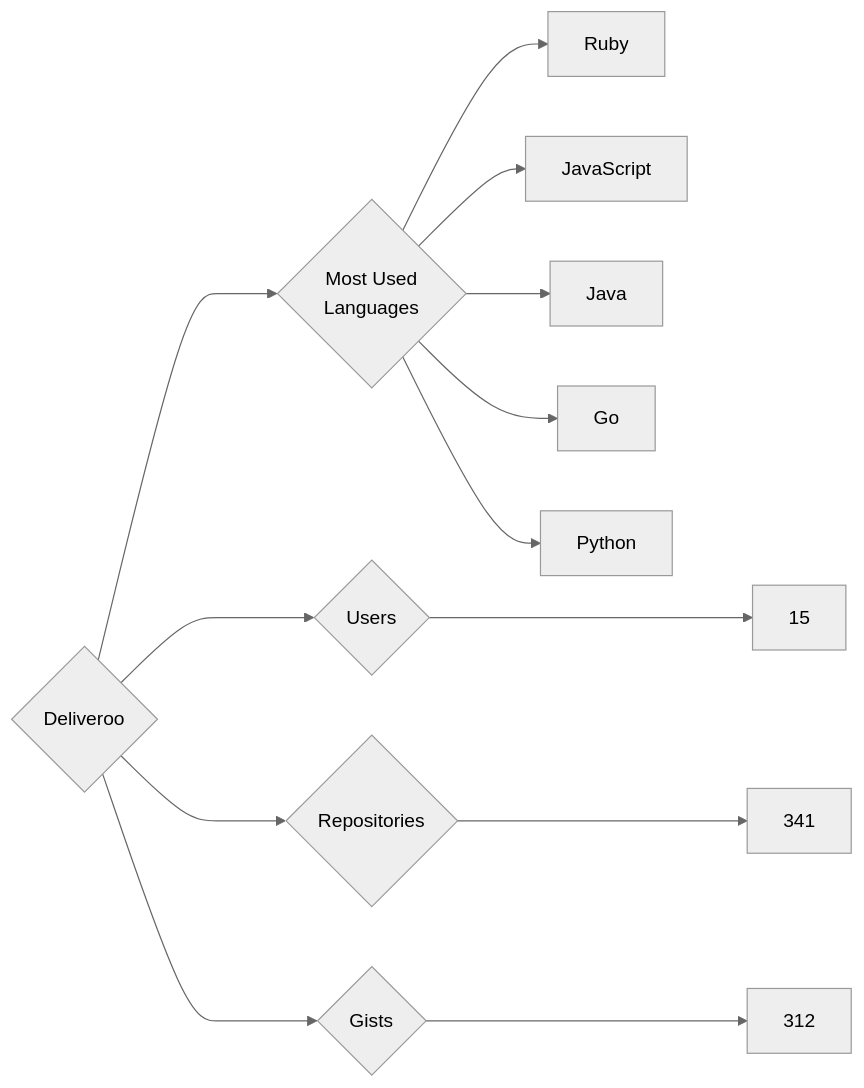
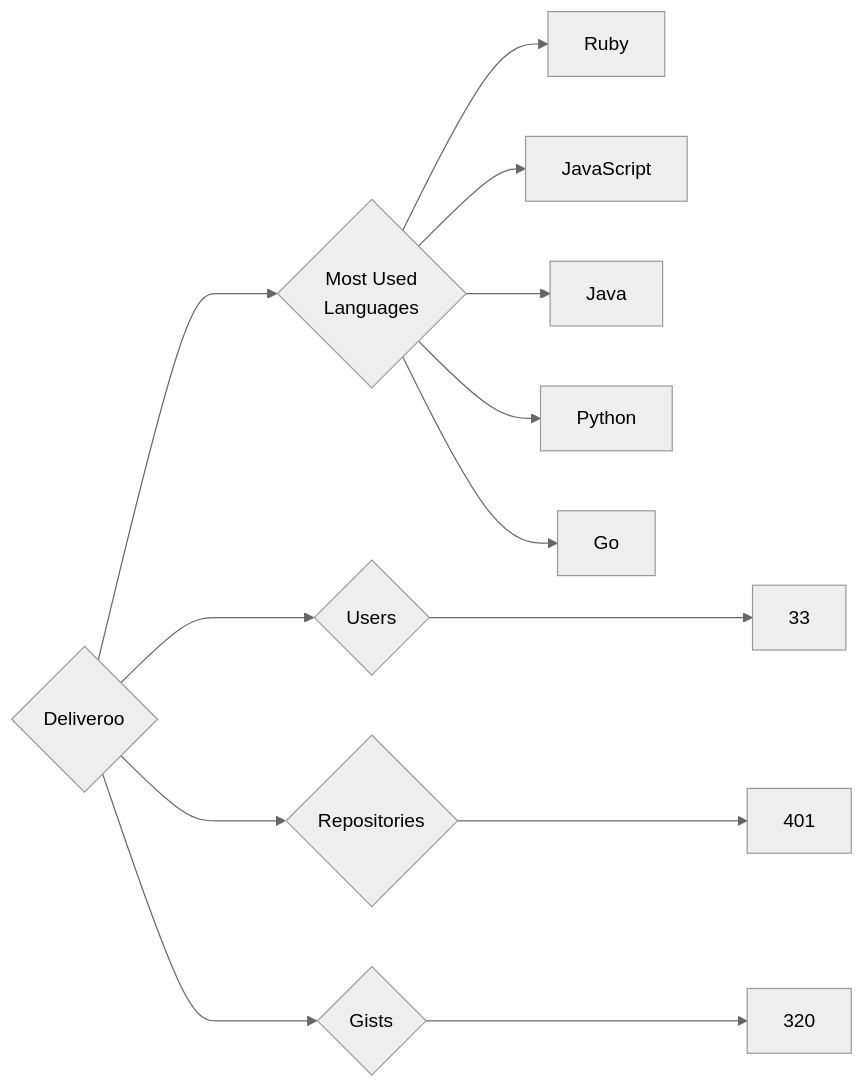
One commit to trickest/insiders changed the diagram in targets/Deliveroo/README.md. Above: the diagram before and after it, drawn with Mermaid (neutral theme). The commit also changed 682 other files, not shown here.

````diff
--- a/targets/Deliveroo/README.md
+++ b/targets/Deliveroo/README.md
@@ -3,13 +3,13 @@
 ```mermaid
 graph LR
 COMPANY_NAME{Deliveroo}
-COMPANY_NAME ---> U{Users} ---> UN[15]
-COMPANY_NAME ---> R{Repositories} ---> RN[341]
-COMPANY_NAME ---> G{Gists} ---> GN[312]
+COMPANY_NAME ---> U{Users} ---> UN[33]
+COMPANY_NAME ---> R{Repositories} ---> RN[401]
+COMPANY_NAME ---> G{Gists} ---> GN[320]
 COMPANY_NAME ---> ML{Most Used<br>Languages}
 ML --> Ruby[Ruby]
 ML --> JavaScript[JavaScript]
 ML --> Java[Java]
+ML --> Python[Python]
 ML --> Go[Go]
-ML --> Python[Python]
 ```
````
